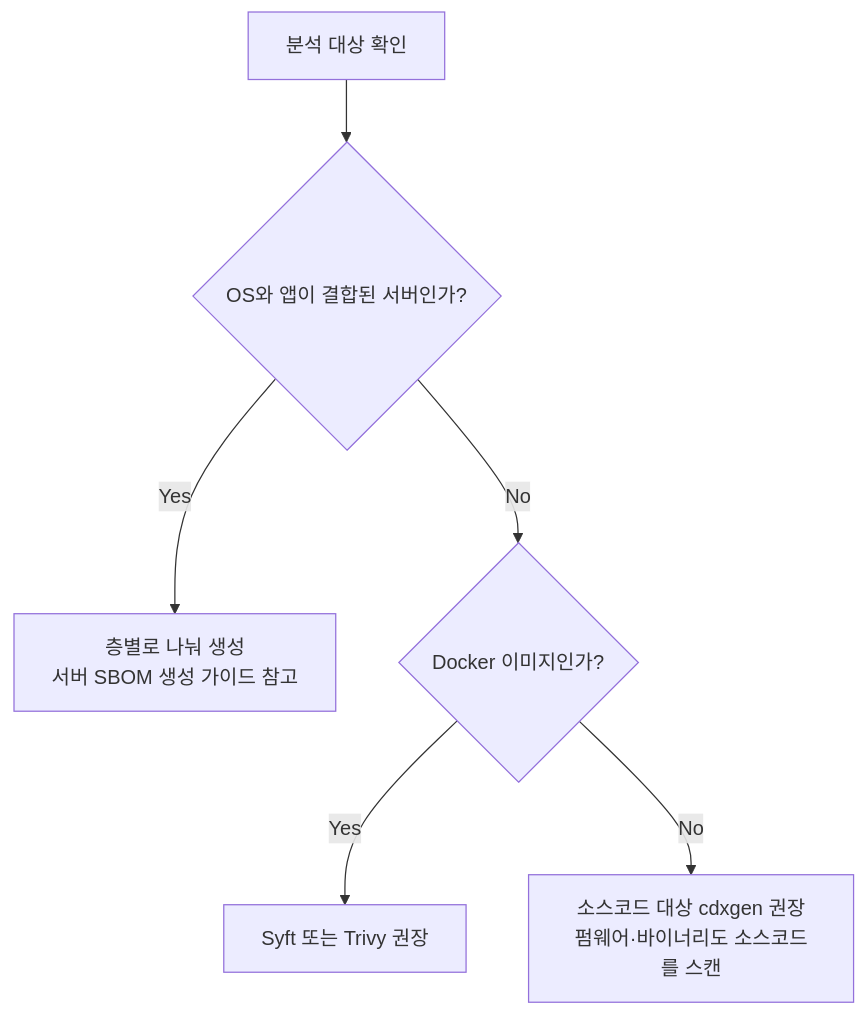
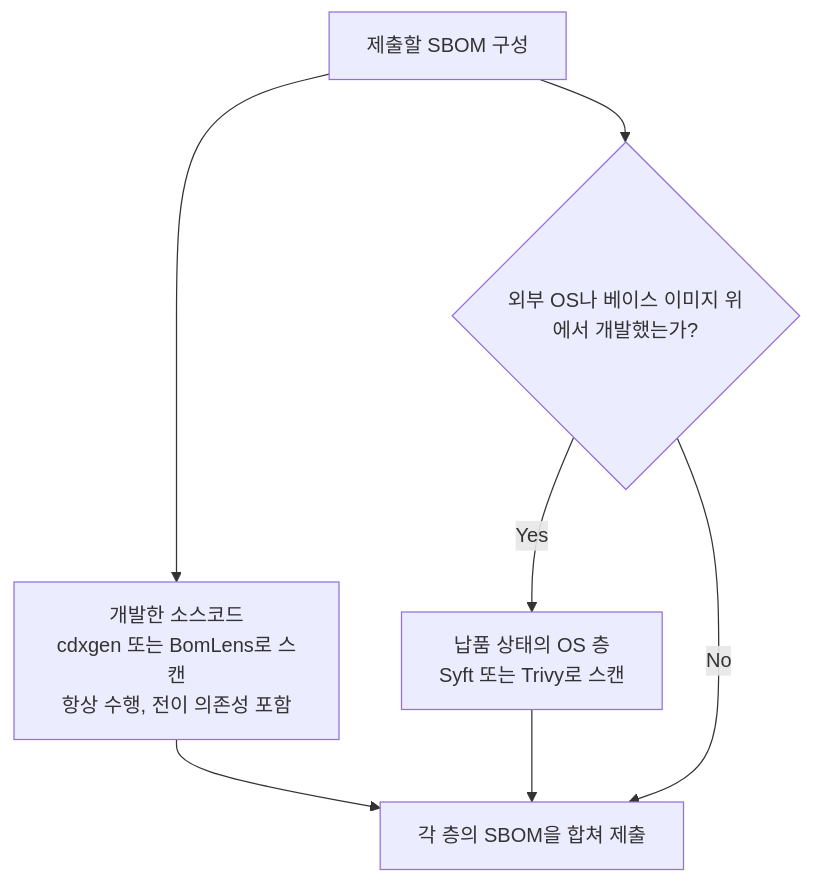
One commit to sktelecom/sktelecom.github.io changed the diagram in content/ko/guide/supply-chain/for-suppliers/creation-guide/_index.md. Above: the diagram before and after it, drawn with Mermaid. The commit also changed other lines of this file and 1 other file, not shown here.

Commit message:
docs(supply-chain): reframe tool selection as layered SBOM composition

````diff
--- a/content/ko/guide/supply-chain/for-suppliers/creation-guide/_index.md
+++ b/content/ko/guide/supply-chain/for-suppliers/creation-guide/_index.md
@@ -14,8 +14,9 @@
 ```mermaid
 graph TD
-    A[분석 대상 확인] --> S{OS와 앱이 결합된 서버인가?}
-    S -- Yes --> T[층별로 나눠 생성<br>서버 SBOM 생성 가이드 참고]
-    S -- No --> D{Docker 이미지인가?}
-    D -- Yes --> E[Syft 또는 Trivy 권장]
-    D -- No --> C[소스코드 대상 cdxgen 권장<br>펌웨어·바이너리도 소스코드를 스캔]
+    A[제출할 SBOM 구성] --> B[개발한 소스코드<br>cdxgen 또는 BomLens로 스캔<br>항상 수행, 전이 의존성 포함]
+    A --> C{외부 OS나 베이스 이미지 위에서 개발했는가?}
+    C -->|Yes| D[납품 상태의 OS 층<br>Syft 또는 Trivy로 스캔]
+    C -->|No| F[각 층의 SBOM을 합쳐 제출]
+    B --> F
+    D --> F
 ```
````
